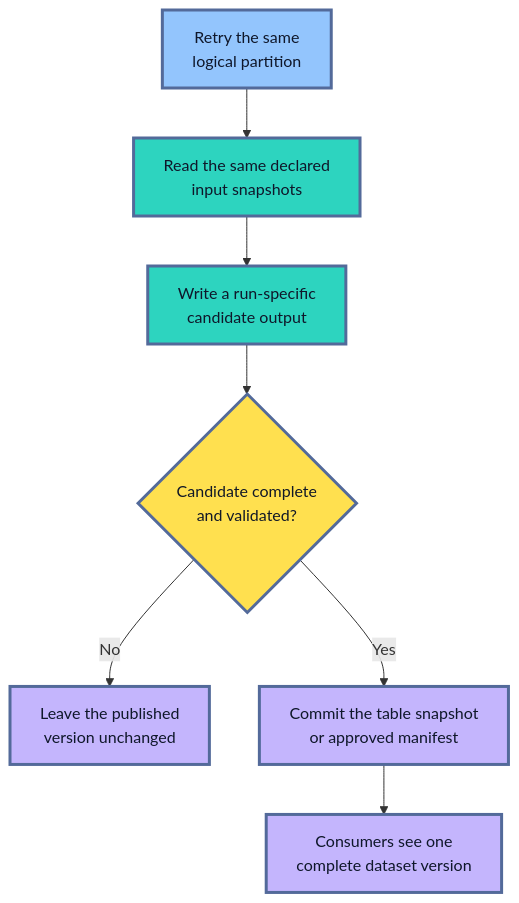
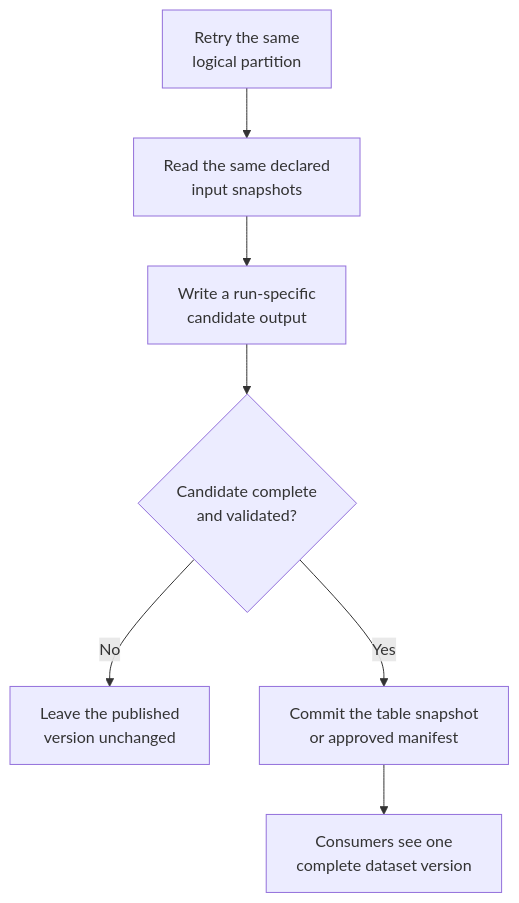
One commit to senlinyy/dev-roadmaps changed the third of 9 diagrams in roadmaps/mlops/modules/data-for-ml-systems/data-pipelines/01-repeatable-data-pipelines.md. Above: the diagram before and after it, drawn with Mermaid. The commit also changed other lines of this file and 152 other files, not shown here.

Commit message:
feat: mlops and diagrams updated

````diff
--- a/roadmaps/mlops/modules/data-for-ml-systems/data-pipelines/01-repeatable-data-pipelines.md
+++ b/roadmaps/mlops/modules/data-for-ml-systems/data-pipelines/01-repeatable-data-pipelines.md
@@ -266,18 +261,14 @@
 ```mermaid
 flowchart TD
     A["Retry the same<br/>logical partition"] --> B["Read the same declared<br/>input snapshots"]
     B --> C["Write a run-specific<br/>candidate output"]
     C --> D{"Candidate complete<br/>and validated?"}
     D -->|"No"| E["Leave the published<br/>version unchanged"]
     D -->|"Yes"| F["Commit the table snapshot<br/>or approved manifest"]
     F --> G["Consumers see one<br/>complete dataset version"]
 
-    classDef retry fill:#93C5FD,stroke:#536A9A,stroke-width:3px,color:#0F172A
-    classDef work fill:#2DD4BF,stroke:#536A9A,stroke-width:3px,color:#0F172A
-    classDef gate fill:#FFE04F,stroke:#536A9A,stroke-width:3px,color:#111827
-    classDef safe fill:#C4B5FD,stroke:#536A9A,stroke-width:3px,color:#0F172A
     class A retry
     class B,C work
     class D gate
     class E,F,G safe
 ```
````
